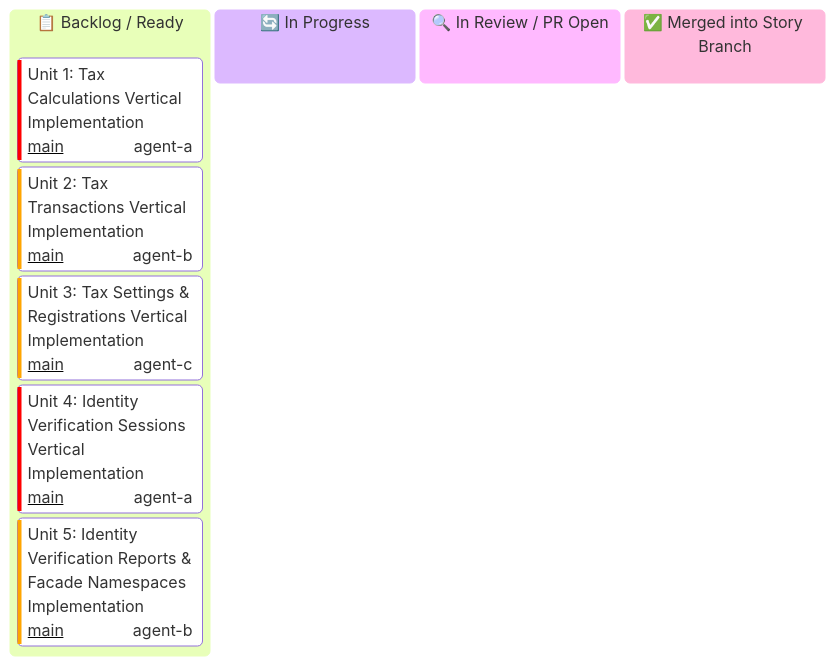
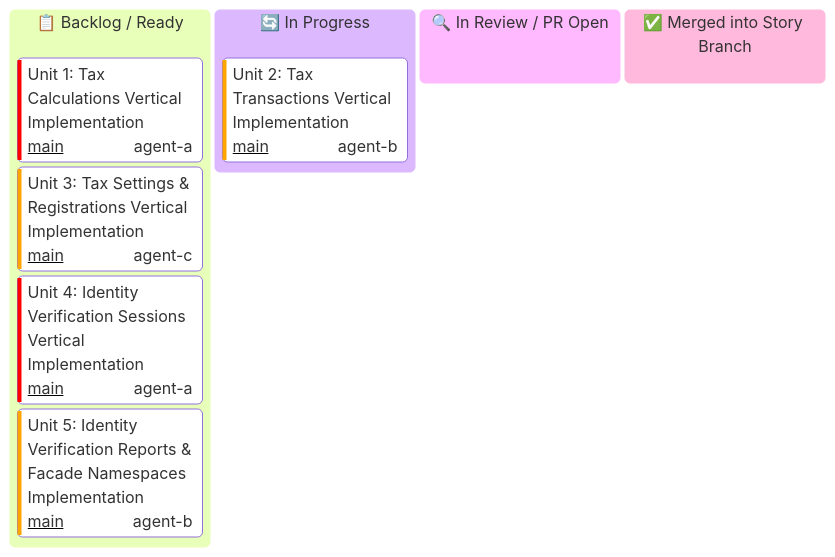
One commit to some-of-cs/some-stripe changed the diagram in docs/user-stories/module-7-specialized-product-namespaces/US-7.1.0-KANBAN.md. Above: the diagram before and after it, drawn with Mermaid. The commit also changed other lines of this file and 6 other files, not shown here.

Commit message:
feat(us-7.1.0/unit-2): tax transactions domain models and ledger endpoints

````diff
--- a/docs/user-stories/module-7-specialized-product-namespaces/US-7.1.0-KANBAN.md
+++ b/docs/user-stories/module-7-specialized-product-namespaces/US-7.1.0-KANBAN.md
@@ -16,17 +16,17 @@
 ```mermaid
 ---
 config:
   kanban:
     ticketBaseUrl: 'https://github.com/some-of-cs/some-stripe/pull/#TICKET#'
 ---
 kanban
   todo[📋 Backlog / Ready]
     u1[Unit 1: Tax Calculations Vertical Implementation]@{ ticket: 'main', assigned: 'agent-a', priority: 'Very High' }
-    u2[Unit 2: Tax Transactions Vertical Implementation]@{ ticket: 'main', assigned: 'agent-b', priority: 'High' }
     u3[Unit 3: Tax Settings & Registrations Vertical Implementation]@{ ticket: 'main', assigned: 'agent-c', priority: 'High' }
     u4[Unit 4: Identity Verification Sessions Vertical Implementation]@{ ticket: 'main', assigned: 'agent-a', priority: 'Very High' }
     u5[Unit 5: Identity Verification Reports & Facade Namespaces Implementation]@{ ticket: 'main', assigned: 'agent-b', priority: 'High' }
   in_progress[🔄 In Progress]
+    u2[Unit 2: Tax Transactions Vertical Implementation]@{ ticket: 'main', assigned: 'agent-b', priority: 'High' }
   in_review[🔍 In Review / PR Open]
   done[✅ Merged into Story Branch]
 ```
````
